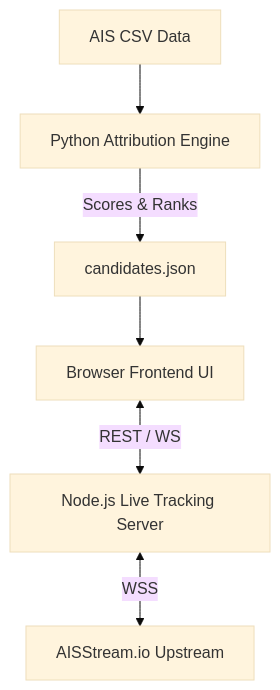
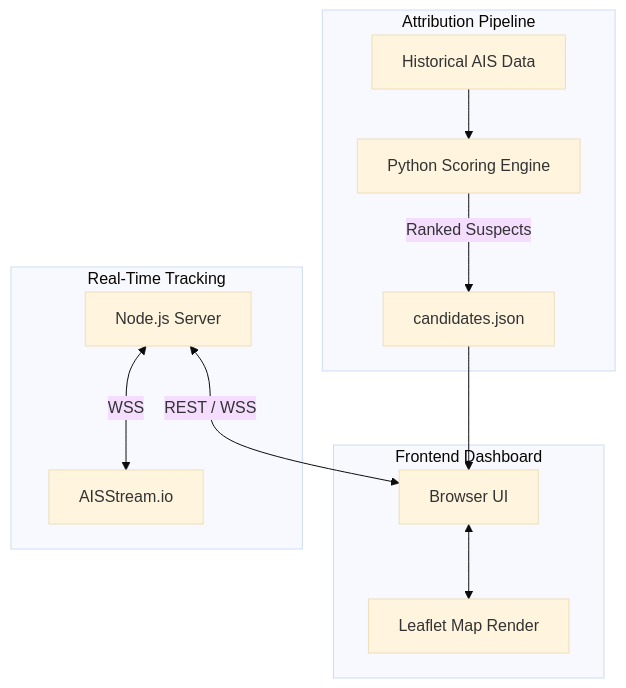
One commit to GhostPointerX/AquaTrace changed the diagram in README.md. Above: the diagram before and after it, drawn with Mermaid (base theme). The commit also changed other lines of this file, not shown here.

````diff
--- a/README.md
+++ b/README.md
@@ -29,9 +57,19 @@
 ```mermaid
 graph TD
-    Client[Browser Frontend UI] <-->|REST / WS| Node[Node.js Live Tracking Server]
-    Node <-->|WSS| AISStream[AISStream.io Upstream]
+    subgraph "Frontend Dashboard"
+    UI[Browser UI]
+    Map[Leaflet Map Render]
+    UI <--> Map
+    end
+
+    subgraph "Real-Time Tracking"
+    Node[Node.js Server] <-->|REST / WSS| UI
+    Node <-->|WSS| AISStream[AISStream.io]
+    end
     
-    CSV[AIS CSV Data] --> Engine[Python Attribution Engine]
-    Engine -->|Scores & Ranks| JSON[candidates.json]
-    JSON --> Client
+    subgraph "Attribution Pipeline"
+    CSV[Historical AIS Data] --> Engine[Python Scoring Engine]
+    Engine -->|Ranked Suspects| JSON[candidates.json]
+    JSON --> UI
+    end
 ```
````
